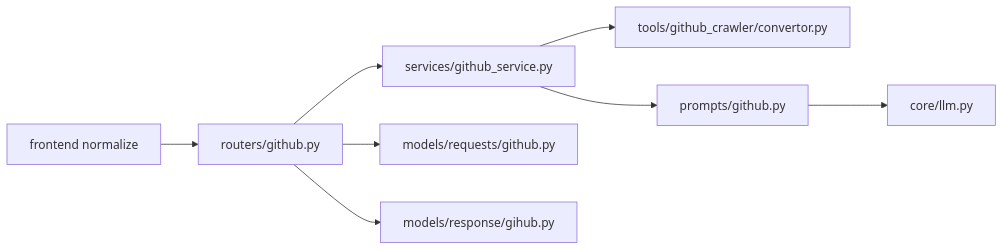
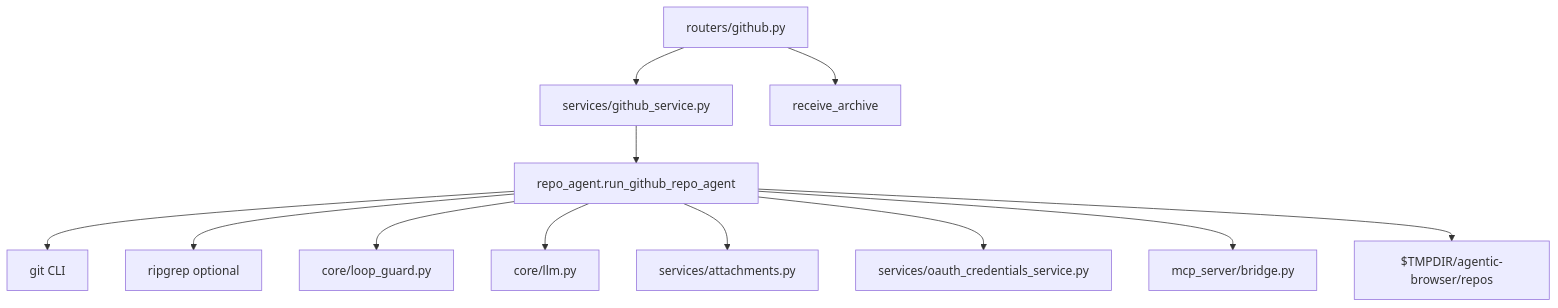
Before and after one commit to tashifkhan/tashif.codes: the fifth of 5 diagrams in src/data/docs/agentic-browser/Service Integrations/GitHub Integration.md, drawn with Mermaid. The commit also changed other lines of this file and 114 other files, not shown here.

Commit message:
docs(agentic-browser): update docs in place and expand coverage

````diff
--- a/src/data/docs/agentic-browser/Service Integrations/GitHub Integration.md
+++ b/src/data/docs/agentic-browser/Service Integrations/GitHub Integration.md
@@ -169,10 +195,14 @@
 ```mermaid
-graph LR
-Router["routers/github.py"] --> Service["services/github_service.py"]
-Service --> Converter["tools/github_crawler/convertor.py"]
-Service --> Prompt["prompts/github.py"]
-Prompt --> LLM["core/llm.py"]
-Router --> ReqModel["models/requests/github.py"]
-Router --> ResModel["models/response/gihub.py"]
-FE["frontend normalize"] --> Router
+graph TB
+  Route["routers/github.py"] --> Svc["services/github_service.py"]
+  Svc --> Agent["repo_agent.run_github_repo_agent"]
+  Agent --> Git["git CLI"]
+  Agent --> RG["ripgrep optional"]
+  Agent --> Guard["core/loop_guard.py"]
+  Agent --> LLM["core/llm.py"]
+  Agent --> Attach["services/attachments.py"]
+  Agent --> OAuth["services/oauth_credentials_service.py"]
+  Agent --> Bridge["mcp_server/bridge.py"]
+  Agent --> FS["$TMPDIR/agentic-browser/repos"]
+  Route --> Archive["receive_archive"]
 ```
````
